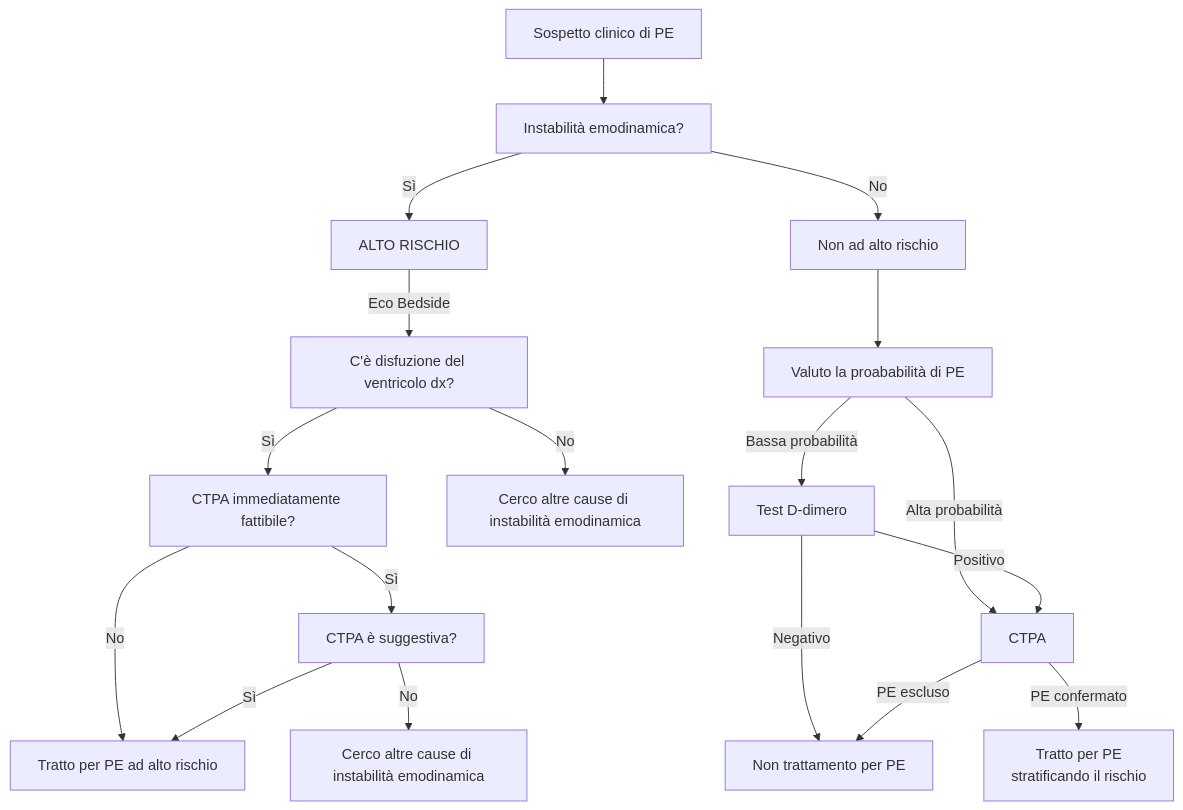
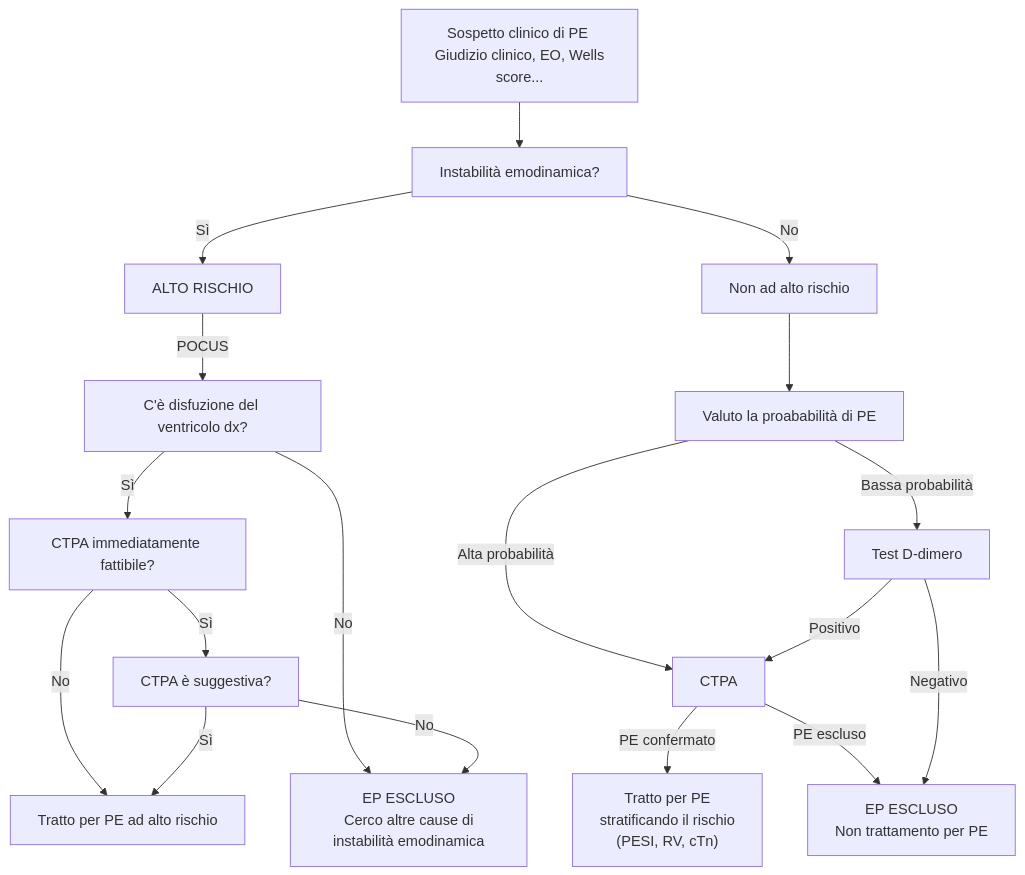
Before and after one commit to evicinelli/Med-Notes: the first of 4 diagrams in Med3/mcr/01-malattie-cardiovascolari.md, drawn with Mermaid. The commit also changed other lines of this file and 14 other files, not shown here.

````diff
--- a/Med3/mcr/01-malattie-cardiovascolari.md
+++ b/Med3/mcr/01-malattie-cardiovascolari.md
@@ -83,19 +142,19 @@
-```{.mermaid width=700}
+```mermaid
 flowchart
-	sospetto[Sospetto clinico di PE] --> shock[Instabilità emodinamica?]
+	sospetto[Sospetto clinico di PE \n Giudizio clinico, EO, Wells score...] --> shock[Instabilità emodinamica?]
 	shock -->|Sì| alto[ALTO RISCHIO]
 	shock -->|No| basso[Non ad alto rischio]
 
-	alto -->|Eco Bedside| rvdisf[C'è disfuzione del ventricolo dx?] -->|Sì| tac[CTPA immediatamente fattibile?] -->|No| tratto[Tratto per PE ad alto rischio]
-	rvdisf -->|No| altro[Cerco altre cause di instabilità emodinamica]
+	alto -->|POCUS| rvdisf[C'è disfuzione del ventricolo dx?] -->|Sì| tac[CTPA immediatamente fattibile?] -->|No| tratto[Tratto per PE ad alto rischio]
+	rvdisf -->|No| altro2
 	tac -->|Sì| ctpa[CTPA è suggestiva?] -->|Sì| tratto
-	ctpa -->|No| altro2[Cerco altre cause di instabilità emodinamica]
+	ctpa -->|No| altro2[EP ESCLUSO\n Cerco altre cause di instabilità emodinamica]
 
 	basso --> valuto[Valuto la proababilità di PE]
 	valuto -->|Bassa probabilità| dd[Test D-dimero]
 	valuto -->|Alta probabilità| ctpa2[CTPA]
 
-	dd --> |Negativo| no[Non trattamento per PE]
-	dd --> |Positivo| ctpa2 -->|PE confermato| trattamento2[Tratto per PE\n stratificando il rischio]
+	dd --> |Positivo| ctpa2 -->|PE confermato| trattamento2["Tratto per PE\n stratificando il rischio\n (PESI, RV, cTn)"]
 	ctpa2 --> |PE escluso| no
+	dd --> |Negativo| no[EP ESCLUSO\n Non trattamento per PE]
 ```
````
